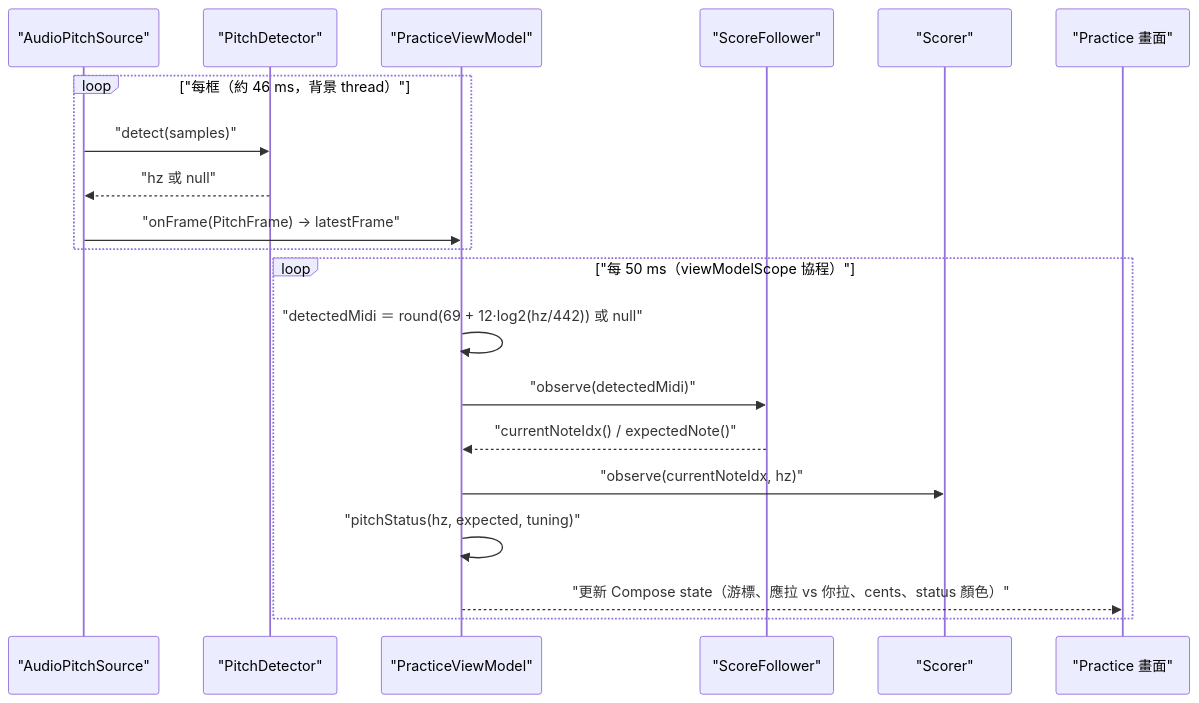
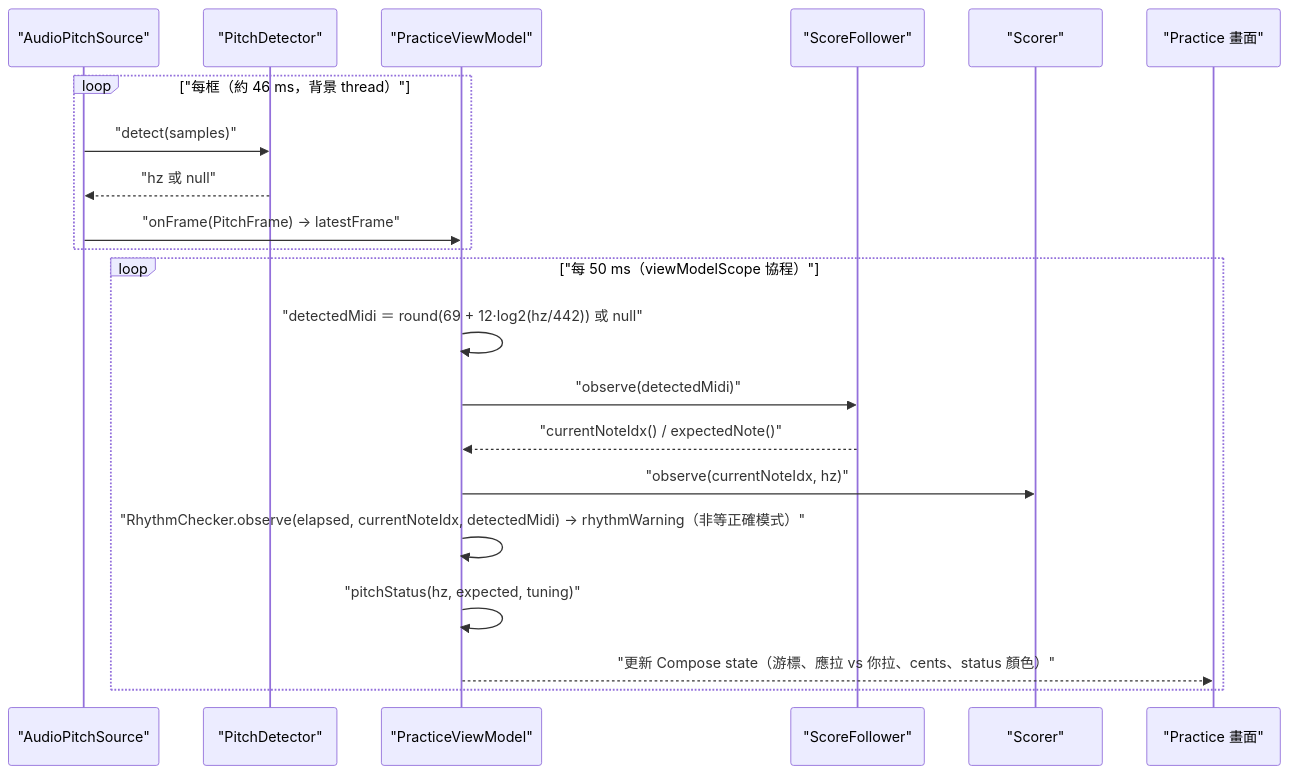
One commit to ue0705/music_app changed the first of 7 diagrams in docs/arc42/06_runtime_view.md. Above: the diagram before and after it, drawn with Mermaid. The commit also changed other lines of this file and 20 other files, not shown here.

````diff
--- a/docs/arc42/06_runtime_view.md
+++ b/docs/arc42/06_runtime_view.md
@@ -11,23 +11,24 @@
 ```mermaid
 sequenceDiagram
   participant MIC as "AudioPitchSource"
   participant PD as "PitchDetector"
   participant VM as "PracticeViewModel"
   participant SF as "ScoreFollower"
   participant SC as "Scorer"
   participant UI as "Practice 畫面"
 
   loop "每框（約 46 ms，背景 thread）"
     MIC->>PD: "detect(samples)"
     PD-->>MIC: "hz 或 null"
     MIC->>VM: "onFrame(PitchFrame) → latestFrame"
   end
   loop "每 50 ms（viewModelScope 協程）"
     VM->>VM: "detectedMidi ＝ round(69 + 12·log2(hz/442)) 或 null"
     VM->>SF: "observe(detectedMidi)"
     SF-->>VM: "currentNoteIdx() / expectedNote()"
     VM->>SC: "observe(currentNoteIdx, hz)"
+    VM->>VM: "RhythmChecker.observe(elapsed, currentNoteIdx, detectedMidi) → rhythmWarning（非等正確模式）"
     VM->>VM: "pitchStatus(hz, expected, tuning)"
     VM-->>UI: "更新 Compose state（游標、應拉 vs 你拉、cents、status 顏色）"
   end
 ```
````
